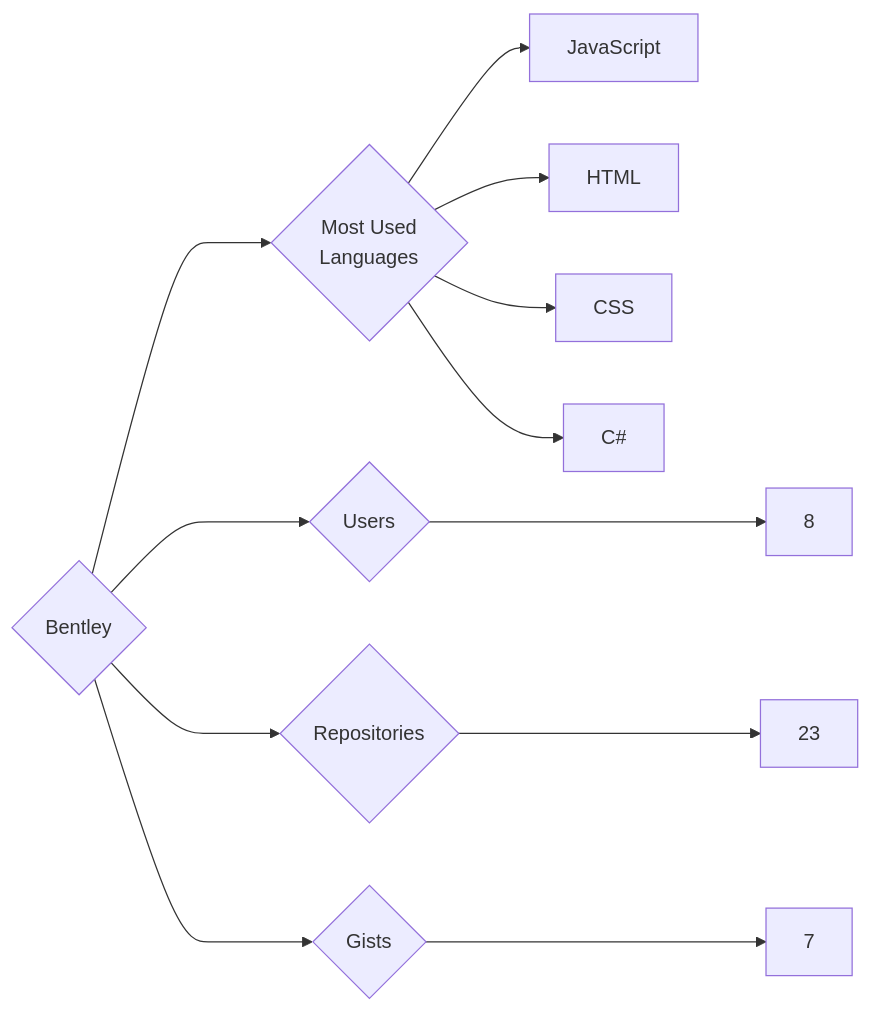
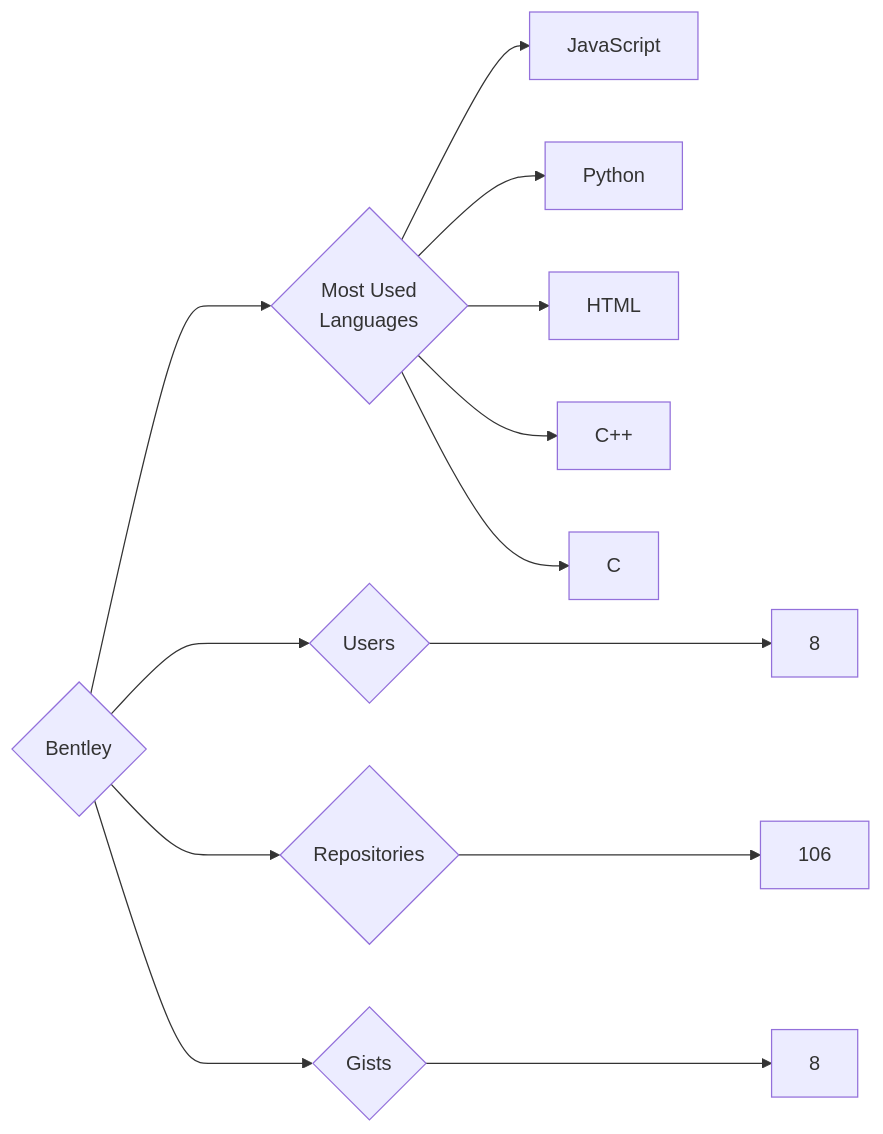
The diagram in targets/Bentley/README.md (trickest/insiders), drawn with Mermaid before and after one commit. The commit also changed 1170 other files, not shown here.

````diff
--- a/targets/Bentley/README.md
+++ b/targets/Bentley/README.md
@@ -3,12 +3,13 @@
 ```mermaid
 graph LR
 COMPANY_NAME{Bentley}
 COMPANY_NAME ---> U{Users} ---> UN[8]
-COMPANY_NAME ---> R{Repositories} ---> RN[23]
-COMPANY_NAME ---> G{Gists} ---> GN[7]
+COMPANY_NAME ---> R{Repositories} ---> RN[106]
+COMPANY_NAME ---> G{Gists} ---> GN[8]
 COMPANY_NAME ---> ML{Most Used<br>Languages}
 ML --> JavaScript[JavaScript]
+ML --> Python[Python]
 ML --> HTML[HTML]
-ML --> CSS[CSS]
-ML --> C#[C#]
+ML --> C++[C++]
+ML --> C[C]
 ```
````
